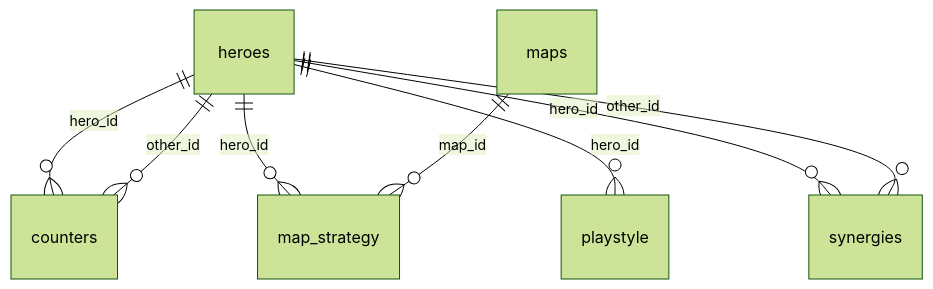
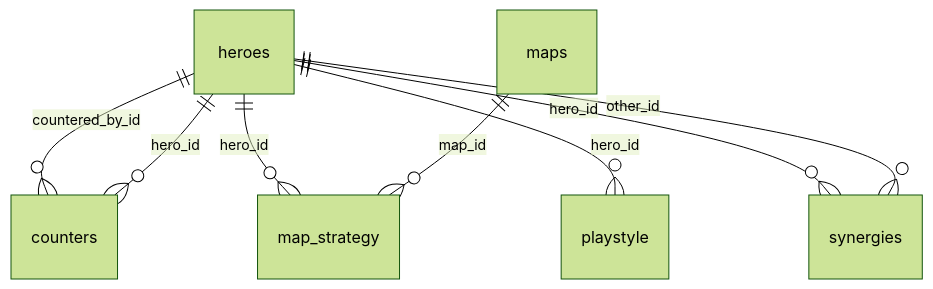
Before and after one commit to mmikol/overwatch-db: the fourth of 5 diagrams in docs/erd.md, drawn with Mermaid (forest theme). The commit also changed other lines of this file and 5 other files, not shown here.

````diff
--- a/docs/erd.md
+++ b/docs/erd.md
@@ -78,10 +78,10 @@
 ```mermaid
 erDiagram
+    heroes ||--o{ counters : "countered_by_id"
     heroes ||--o{ counters : "hero_id"
-    heroes ||--o{ counters : "other_id"
     heroes ||--o{ map_strategy : "hero_id"
     heroes ||--o{ playstyle : "hero_id"
     heroes ||--o{ synergies : "hero_id"
     heroes ||--o{ synergies : "other_id"
     maps ||--o{ map_strategy : "map_id"
 ```
````
